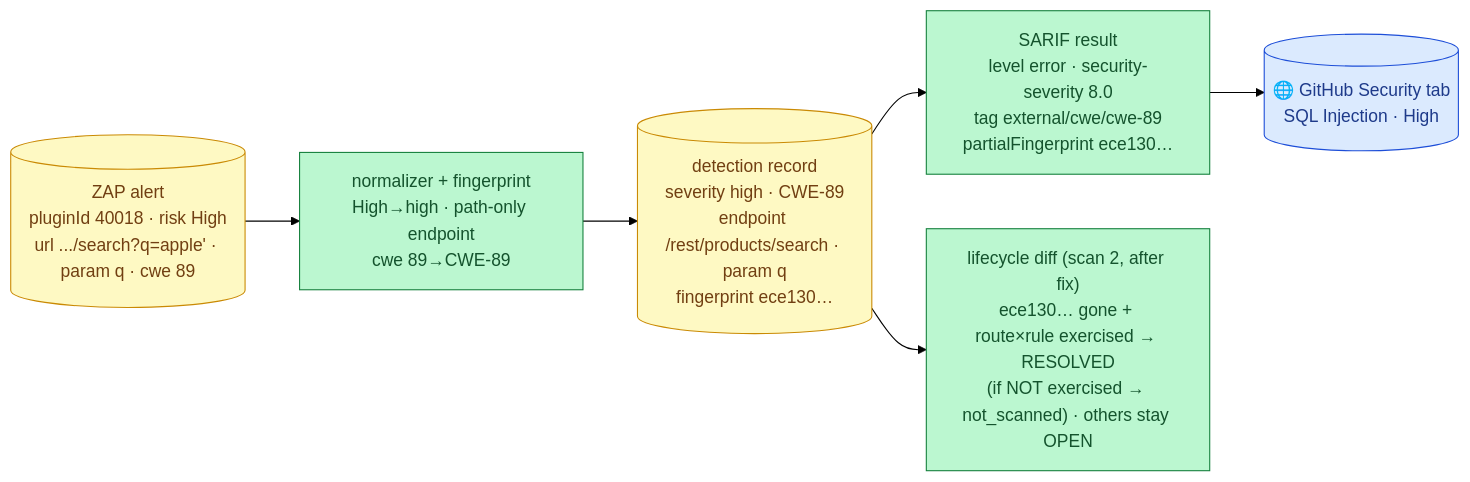
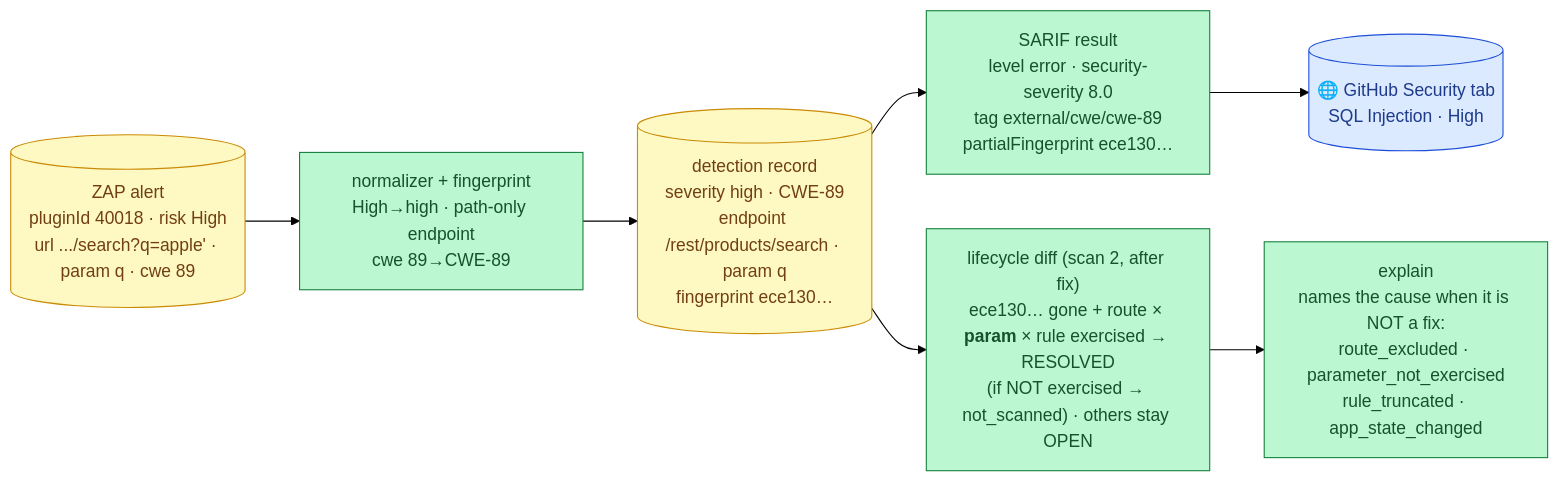
One commit to CodyYang2016/Dast-Scanning-Tool changed the sixth of 6 diagrams in docs/junior_engineer/architecture_overview.md. Above: the diagram before and after it, drawn with Mermaid (forest theme). The commit also changed other lines of this file, not shown here.

````diff
--- a/docs/junior_engineer/architecture_overview.md
+++ b/docs/junior_engineer/architecture_overview.md
@@ -313,16 +356,17 @@
 ```mermaid
 flowchart LR
     a[("ZAP alert<br/>pluginId 40018 · risk High<br/>url .../search?q=apple' · param q · cwe 89")]:::data
     b["normalizer + fingerprint<br/>High→high · path-only endpoint<br/>cwe 89→CWE-89"]:::build
     c[("detection record<br/>severity high · CWE-89<br/>endpoint /rest/products/search · param q<br/>fingerprint ece130…")]:::data
     d["SARIF result<br/>level error · security-severity 8.0<br/>tag external/cwe/cwe-89<br/>partialFingerprint ece130…"]:::build
     e[("🌐 GitHub Security tab<br/>SQL Injection · High")]:::ext
-    f["lifecycle diff (scan 2, after fix)<br/>ece130… gone + route×rule exercised → RESOLVED<br/>(if NOT exercised → not_scanned) · others stay OPEN"]:::build
+    f["lifecycle diff (scan 2, after fix)<br/>ece130… gone + route × <b>param</b> × rule exercised → RESOLVED<br/>(if NOT exercised → not_scanned) · others stay OPEN"]:::build
+    g["explain<br/>names the cause when it is NOT a fix:<br/>route_excluded · parameter_not_exercised<br/>rule_truncated · app_state_changed"]:::build
 
     a --> b --> c --> d --> e
-    c --> f
+    c --> f --> g
 
     classDef data fill:#fef9c3,stroke:#ca8a04,color:#713f12
     classDef build fill:#bbf7d0,stroke:#15803d,color:#14532d
     classDef ext fill:#dbeafe,stroke:#1d4ed8,color:#1e3a8a
 ```
````
